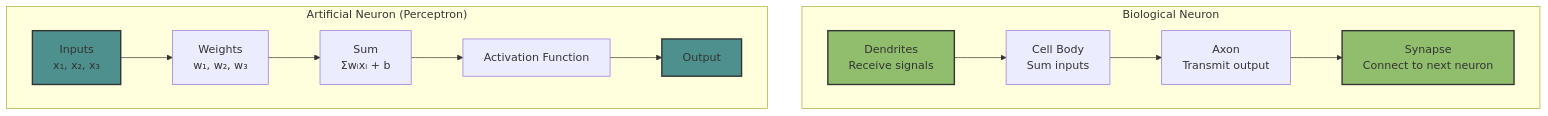
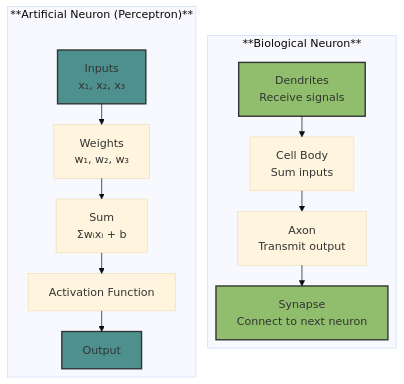
One commit to Vineet-Sharma-Medium-Stories/Medium-Build-Tool changed the first of 5 diagrams in The 2026 AI Metromap/The 2026 AI Metromap: Neural Network Architecture – From Perceptron to MLP.md. Above: the diagram before and after it, drawn with Mermaid. The commit also changed other lines of this file and 37 other files, not shown here.

````diff
--- a/The 2026 AI Metromap/The 2026 AI Metromap: Neural Network Architecture – From Perceptron to MLP.md
+++ b/The 2026 AI Metromap/The 2026 AI Metromap: Neural Network Architecture – From Perceptron to MLP.md
@@ -63,20 +63,26 @@
 ```mermaid
+---
+config:
+  theme: base
+  layout: elk
+---
+
 graph TD
-    subgraph "Biological Neuron"
+    subgraph "**Biological Neuron**"
         D[Dendrites<br/>Receive signals] --> C[Cell Body<br/>Sum inputs]
         C --> A[Axon<br/>Transmit output]
         A --> S[Synapse<br/>Connect to next neuron]
     end
     
-    subgraph "Artificial Neuron (Perceptron)"
+    subgraph "**Artificial Neuron (Perceptron)**"
         X[Inputs<br/>x₁, x₂, x₃] --> W[Weights<br/>w₁, w₂, w₃]
         W --> S2[Sum<br/>Σwᵢxᵢ + b]
         S2 --> F[Activation Function]
         F --> O[Output]
     end
     
     style D fill:#90be6d,stroke:#333,stroke-width:2px
     style S fill:#90be6d,stroke:#333,stroke-width:2px
     style X fill:#4d908e,stroke:#333,stroke-width:2px
     style O fill:#4d908e,stroke:#333,stroke-width:2px
 ```
````
